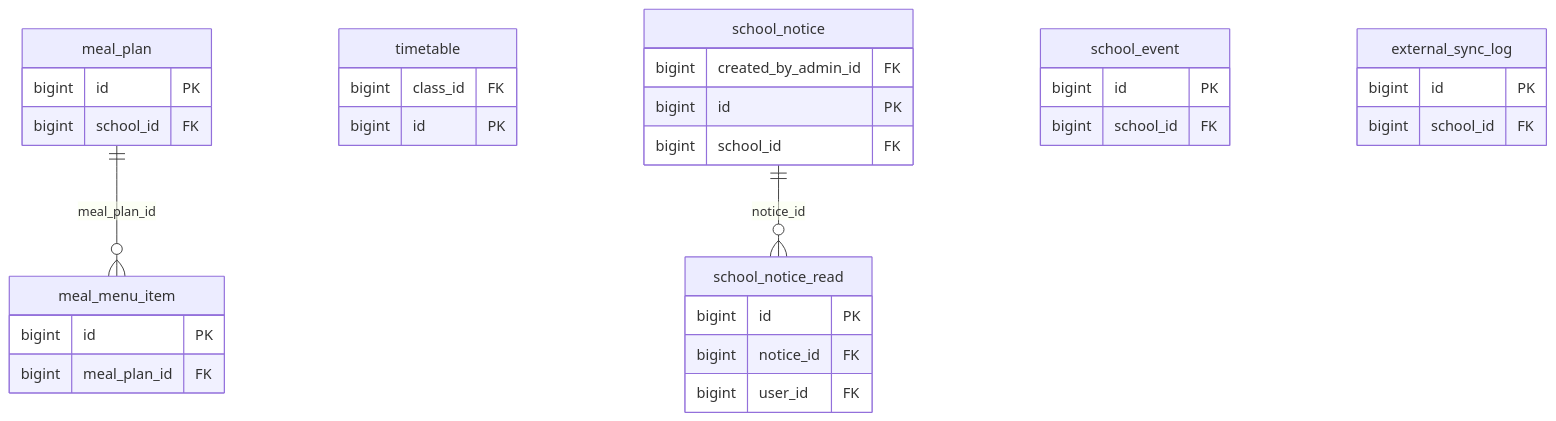
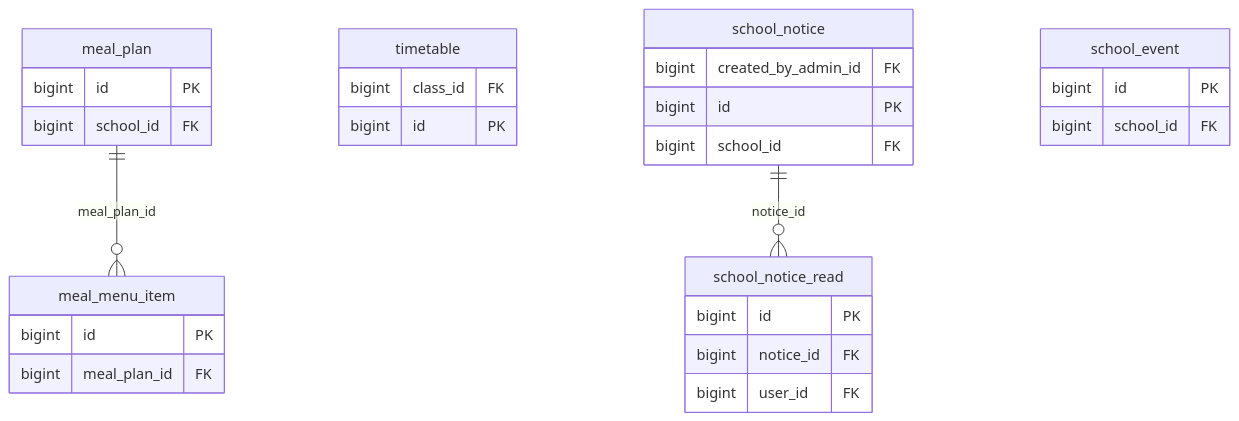
One commit to hyungmin0629/ping-v2 changed the eighth of 9 diagrams in docs/erd.md. Above: the diagram before and after it, drawn with Mermaid. The commit also changed other lines of this file and 20 other files, not shown here.

````diff
--- a/docs/erd.md
+++ b/docs/erd.md
@@ -390,35 +388,31 @@
 ```mermaid
 erDiagram
     meal_plan {
         bigint id PK
         bigint school_id FK
     }
     meal_menu_item {
         bigint id PK
         bigint meal_plan_id FK
     }
     timetable {
         bigint class_id FK
         bigint id PK
     }
     school_notice {
         bigint created_by_admin_id FK
         bigint id PK
         bigint school_id FK
     }
     school_notice_read {
         bigint id PK
         bigint notice_id FK
         bigint user_id FK
     }
     school_event {
         bigint id PK
         bigint school_id FK
     }
-    external_sync_log {
-        bigint id PK
-        bigint school_id FK
-    }
     meal_plan ||--o{ meal_menu_item : "meal_plan_id"
     school_notice ||--o{ school_notice_read : "notice_id"
 ```
````
